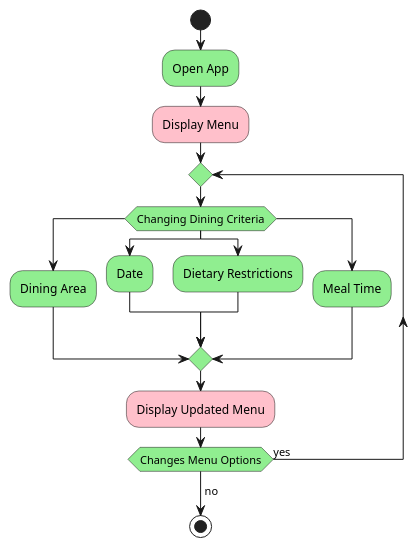
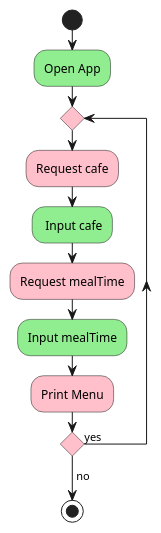
The diagram in doc/use-cases/view-menu.md (rkilpadi/vassar-dining-app), drawn with PlantUML before and after one commit. The commit also changed 8 other files, not shown here.

````diff
--- a/doc/use-cases/view-menu.md
+++ b/doc/use-cases/view-menu.md
@@ -5,30 +5,26 @@
 ```plantuml
+'green is for human actor and pink is for the program'
 
-
-skinparam activityDiamondBackgroundColor lightgreen
+skinparam activityDiamondBackgroundColor pink
 start
 #lightgreen :Open App;
 
-#pink :Display Menu;
 repeat
-    switch (Changing Dining Criteria)
-    case ( )
-    #lightgreen :Dining Area;
-    case ()
-    #lightgreen :Date;
-    case ()
-    #lightgreen :Dietary Restrictions;  
-    case ( )
-    #lightgreen :Meal Time;
-    endswitch
+#pink :Request cafe;  
 
-    #pink :Display Updated Menu;
+#lightgreen : Input cafe;
+ 
+#pink :Request mealTime;
+     
+#lightgreen :Input mealTime;
 
-repeat while (Changes Menu Options) is (yes)
+#pink :Print Menu;
+
+repeat while () is (yes)
 -> no;
 
 
 
 
 stop
 ```
````
